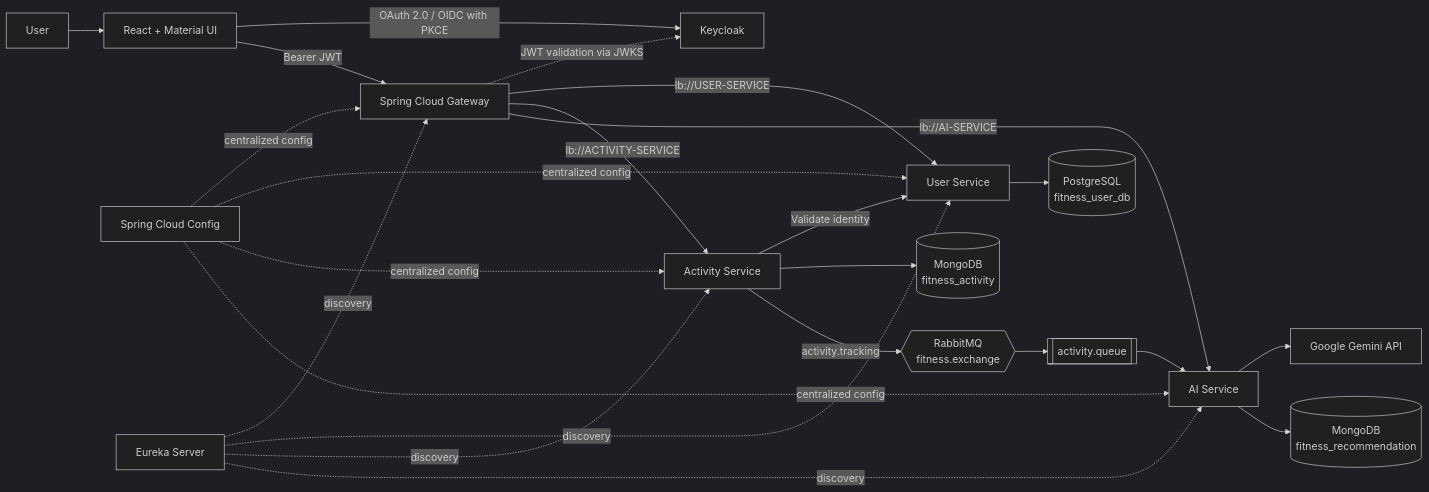
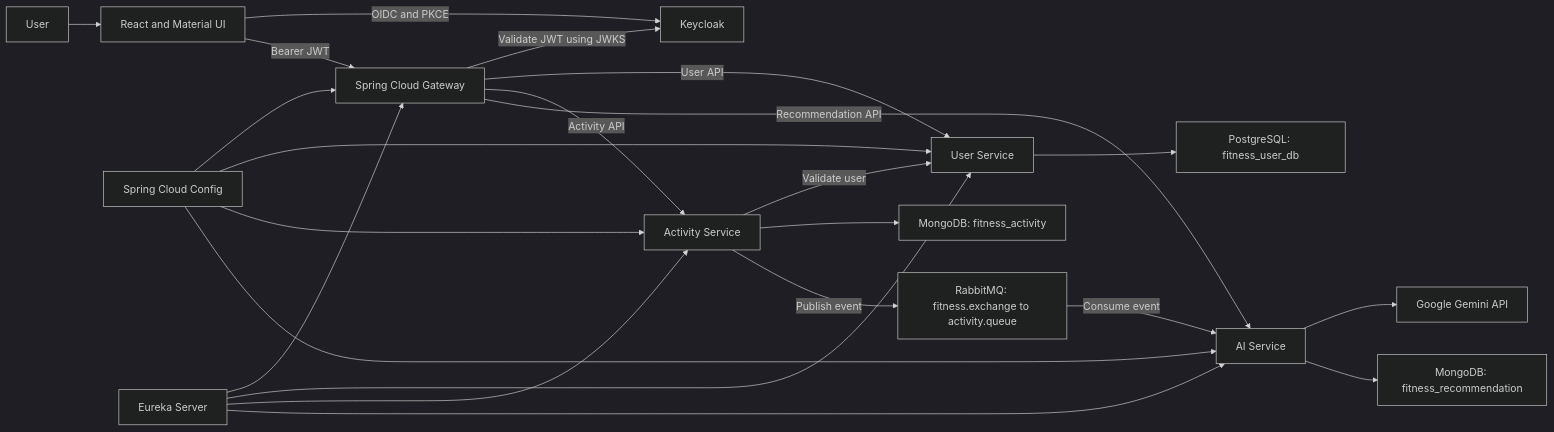
Before and after one commit to LokeshSiddi/Smart-Health-AI-Platform: the diagram in README.md, drawn with Mermaid (dark theme). The commit also changed other lines of this file and 5 other files, not shown here.

````diff
--- a/README.md
+++ b/README.md
@@ -163,30 +142,29 @@
 ```mermaid
 flowchart LR
-    U[User] --> FE[React + Material UI]
-    FE -->|OAuth 2.0 / OIDC with PKCE| KC[Keycloak]
-    FE -->|Bearer JWT| GW[Spring Cloud Gateway]
-    GW -. JWT validation via JWKS .-> KC
+    U["User"] --> FE["React and Material UI"]
+    FE -->|OIDC and PKCE| KC["Keycloak"]
+    FE -->|Bearer JWT| GW["Spring Cloud Gateway"]
+    GW -->|Validate JWT using JWKS| KC
 
-    GW -->|lb://USER-SERVICE| US[User Service]
-    GW -->|lb://ACTIVITY-SERVICE| AS[Activity Service]
-    GW -->|lb://AI-SERVICE| AIS[AI Service]
+    GW -->|User API| US["User Service"]
+    GW -->|Activity API| AS["Activity Service"]
+    GW -->|Recommendation API| AIS["AI Service"]
 
-    US --> PG[(PostgreSQL\nfitness_user_db)]
-    AS -->|Validate identity| US
-    AS --> AM[(MongoDB\nfitness_activity)]
-    AS -->|activity.tracking| EX{{RabbitMQ\nfitness.exchange}}
-    EX --> Q[[activity.queue]]
-    Q --> AIS
-    AIS --> GEM[Google Gemini API]
-    AIS --> RM[(MongoDB\nfitness_recommendation)]
+    US --> PG["PostgreSQL: fitness_user_db"]
+    AS -->|Validate user| US
+    AS --> AM["MongoDB: fitness_activity"]
+    AS -->|Publish event| MQ["RabbitMQ: fitness.exchange to activity.queue"]
+    MQ -->|Consume event| AIS
+    AIS --> GEM["Google Gemini API"]
+    AIS --> RM["MongoDB: fitness_recommendation"]
 
-    CS[Spring Cloud Config] -. centralized config .-> GW
-    CS -. centralized config .-> US
-    CS -. centralized config .-> AS
-    CS -. centralized config .-> AIS
+    CS["Spring Cloud Config"] --> GW
+    CS --> US
+    CS --> AS
+    CS --> AIS
 
-    EU[Eureka Server] -. discovery .-> GW
-    EU -. discovery .-> US
-    EU -. discovery .-> AS
-    EU -. discovery .-> AIS
+    EU["Eureka Server"] --> GW
+    EU --> US
+    EU --> AS
+    EU --> AIS
 ```
````
